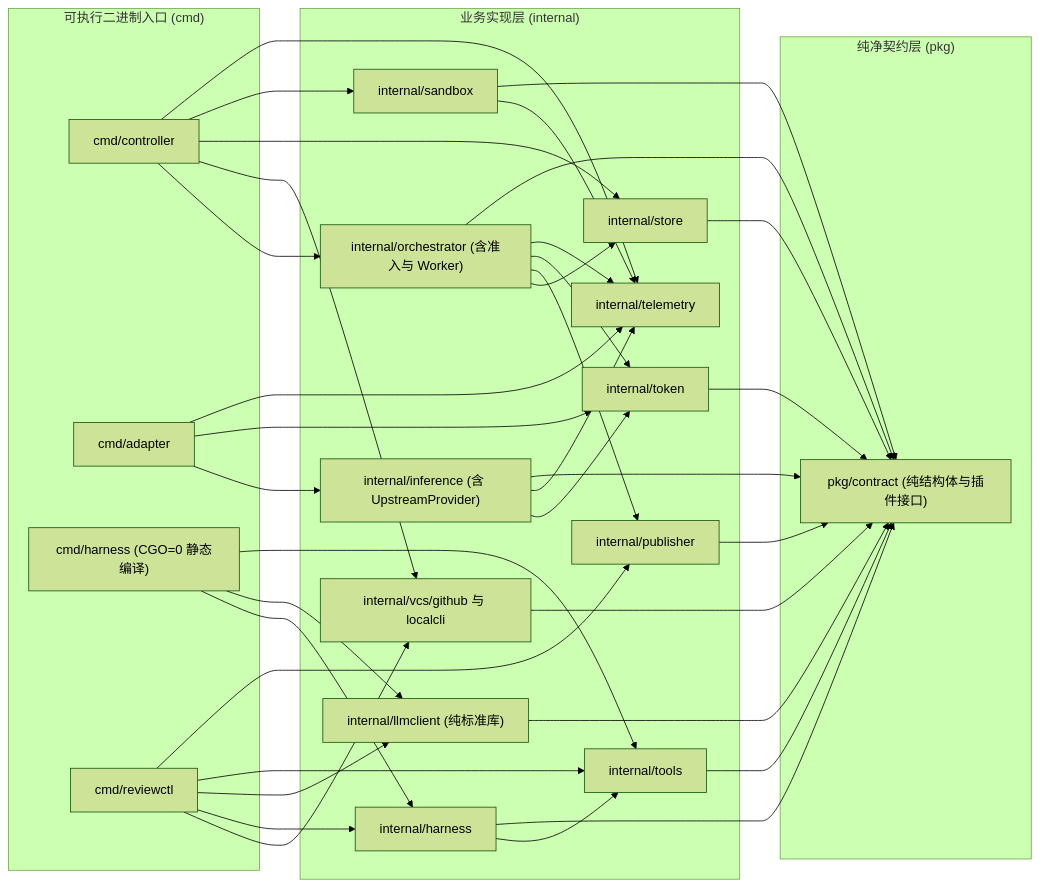
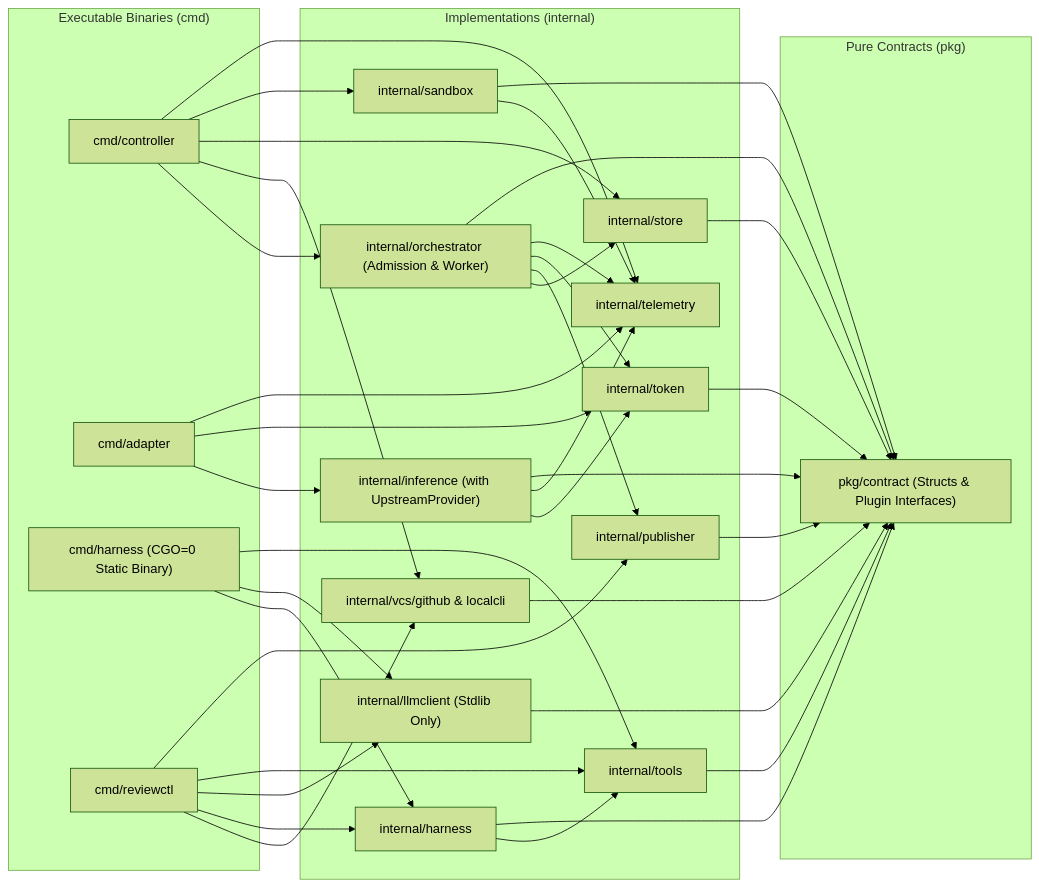
Before and after one commit to zetxqx/review-agent-infra: the first of 6 diagrams in docs/design/implementation-plan.md, drawn with Mermaid (forest theme). The commit also changed other lines of this file and 2 other files, not shown here.

Commit message:
Translate repository documentation, diagrams, and code comments into English.

````diff
--- a/docs/design/implementation-plan.md
+++ b/docs/design/implementation-plan.md
@@ -47,69 +47,69 @@
 ```mermaid
 flowchart LR
-    subgraph SG_CMD ["可执行二进制入口 (cmd)"]
+    subgraph SG_CMD ["Executable Binaries (cmd)"]
         C_Ctrl["cmd/controller"]
         C_Adapt["cmd/adapter"]
-        C_Harn["cmd/harness (CGO=0 静态编译)"]
+        C_Harn["cmd/harness (CGO=0 Static Binary)"]
         C_CLI["cmd/reviewctl"]
     end
 
-    subgraph SG_CORE ["业务实现层 (internal)"]
-        Orch["internal/orchestrator (含准入与 Worker)"]
-        VCS["internal/vcs/github 与 localcli"]
+    subgraph SG_CORE ["Implementations (internal)"]
+        Orch["internal/orchestrator (Admission & Worker)"]
+        VCS["internal/vcs/github & localcli"]
         Store["internal/store"]
         Sand["internal/sandbox"]
         Pub["internal/publisher"]
-        Infer["internal/inference (含 UpstreamProvider)"]
+        Infer["internal/inference (with UpstreamProvider)"]
         Harn["internal/harness"]
-        LLM["internal/llmclient (纯标准库)"]
+        LLM["internal/llmclient (Stdlib Only)"]
         Tools["internal/tools"]
         Tok["internal/token"]
         Tel["internal/telemetry"]
     end
 
-    subgraph SG_API ["纯净契约层 (pkg)"]
-        Contract["pkg/contract (纯结构体与插件接口)"]
+    subgraph SG_API ["Pure Contracts (pkg)"]
+        Contract["pkg/contract (Structs & Plugin Interfaces)"]
     end
 
     C_Ctrl --> Orch
     C_Ctrl --> VCS
     C_Ctrl --> Store
     C_Ctrl --> Sand
     C_Ctrl --> Tel
 
     C_Adapt --> Infer
     C_Adapt --> Tok
     C_Adapt --> Tel
 
     C_Harn --> Harn
     C_Harn --> LLM
     C_Harn --> Tools
 
     C_CLI --> VCS
     C_CLI --> Harn
     C_CLI --> LLM
     C_CLI --> Tools
     C_CLI --> Pub
 
     Orch --> Store
     Orch --> Pub
     Orch --> Tok
     Orch --> Tel
     Orch --> Contract
 
     Sand --> Tel
     Sand --> Contract
 
     Infer --> Tok
     Infer --> Tel
     Infer --> Contract
 
     Harn --> Tools
     Harn --> Contract
     LLM --> Contract
     Tools --> Contract
     VCS --> Contract
     Store --> Contract
     Pub --> Contract
     Tok --> Contract
 ```
````
